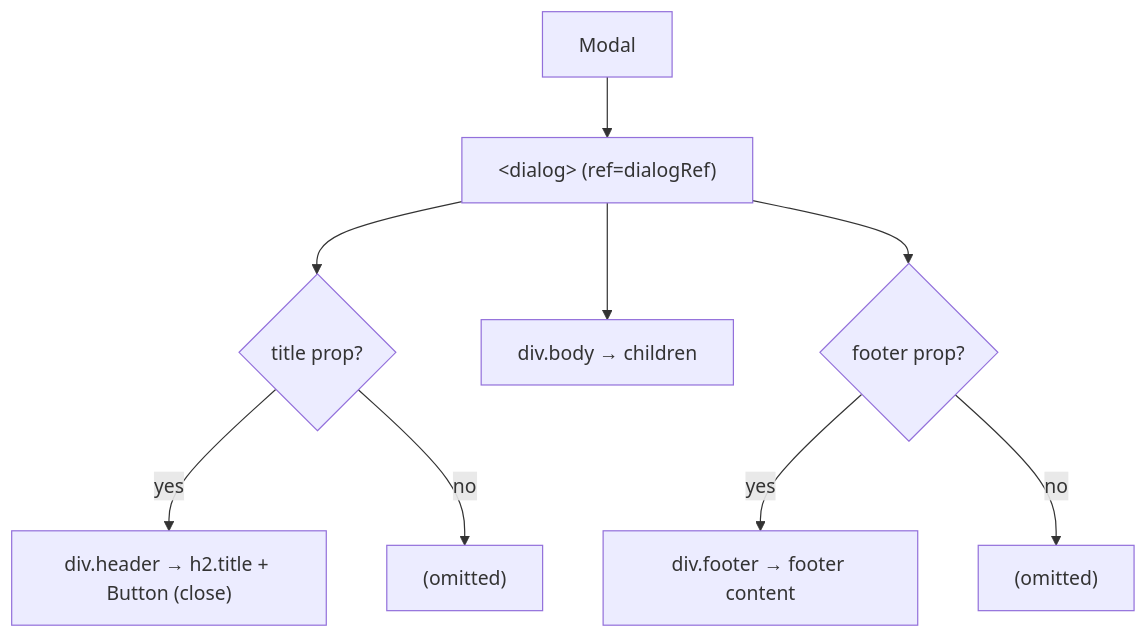
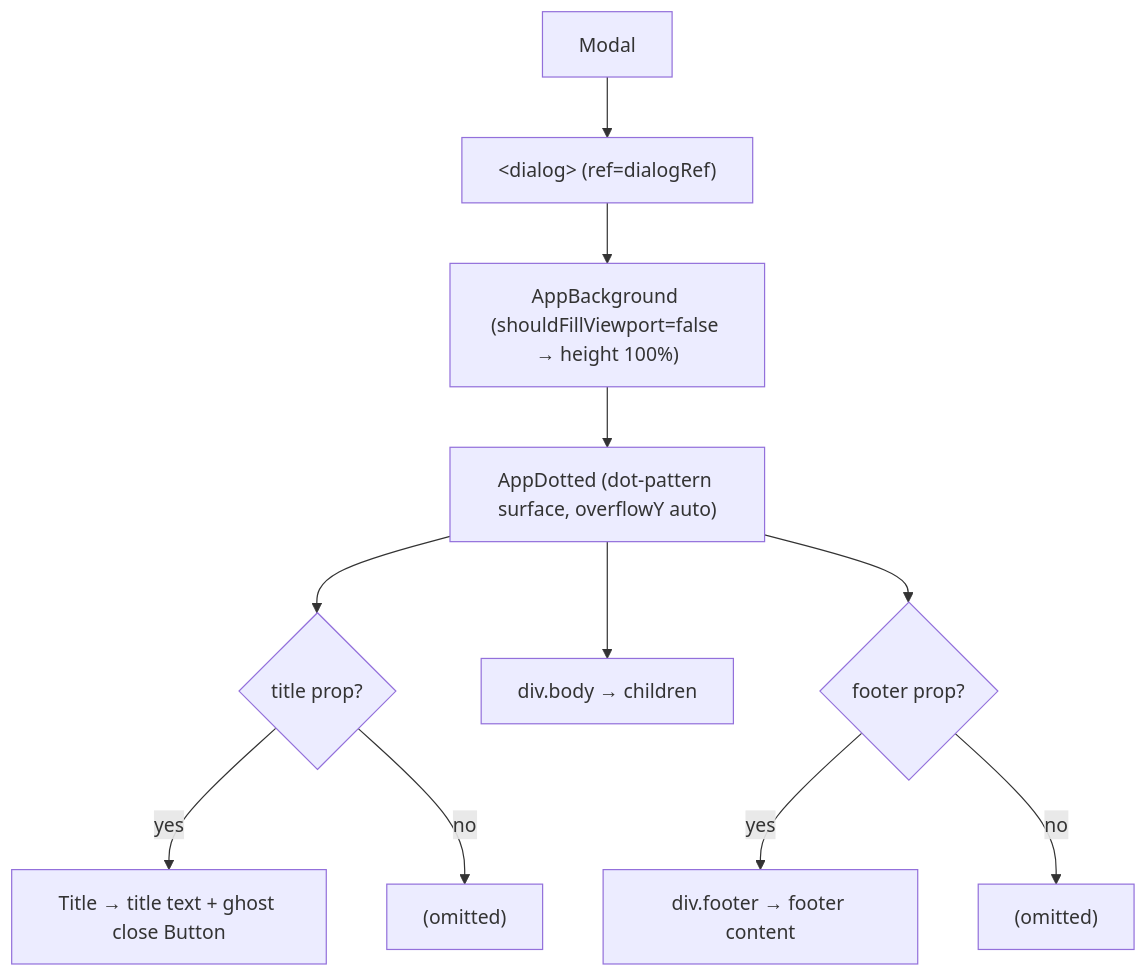
One commit to luciocabrera/lcabrera-stack changed the second of 3 diagrams in packages/ui/src/components/Modal/ARCHITECTURE.md. Above: the diagram before and after it, drawn with Mermaid. The commit also changed other lines of this file and 8 other files, not shown here.

Commit message:
feat(ui): enhance AppBackground and Modal components with viewport height control and new architecture documentation

````diff
--- a/packages/ui/src/components/Modal/ARCHITECTURE.md
+++ b/packages/ui/src/components/Modal/ARCHITECTURE.md
@@ -29,11 +33,13 @@
 ```mermaid
 graph TD
   Modal --> dialog["&lt;dialog&gt; (ref=dialogRef)"]
-  dialog --> header{"title prop?"}
-  header -->|yes| Header["div.header → h2.title + Button (close)"]
+  dialog --> bg["AppBackground (shouldFillViewport=false → height 100%)"]
+  bg --> dotted["AppDotted (dot-pattern surface, overflowY auto)"]
+  dotted --> header{"title prop?"}
+  header -->|yes| Header["Title → title text + ghost close Button"]
   header -->|no| skip1["(omitted)"]
-  dialog --> body["div.body → children"]
-  dialog --> footer{"footer prop?"}
+  dotted --> body["div.body → children"]
+  dotted --> footer{"footer prop?"}
   footer -->|yes| Footer["div.footer → footer content"]
   footer -->|no| skip2["(omitted)"]
 ```
````
